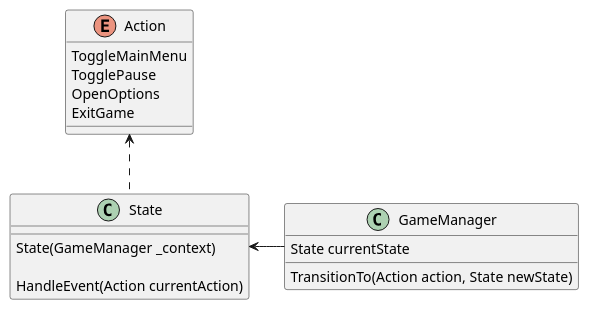
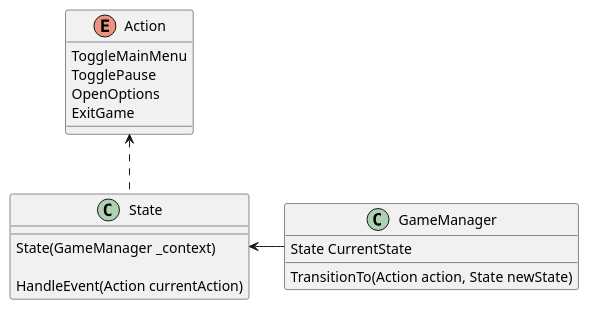
Before and after one commit to Blueberry-Jam-Studios/AimForTheAbyss: the diagram in Diagrams/state_diagram.plantuml, drawn with PlantUML. The commit also changed 51 other files, not shown here.

```diff
--- a/Diagrams/state_diagram.plantuml
+++ b/Diagrams/state_diagram.plantuml
@@ -1,28 +1,28 @@
 @startuml state_diagram
 allow_mixing
 
 class State {
   State(GameManager _context)
 
   HandleEvent(Action currentAction)
 }
 
 class GameManager {
-  State currentState
+  State CurrentState
 
   TransitionTo(Action action, State newState)
 }
 
 State <- GameManager
 
 enum Action
 {
     ToggleMainMenu
     TogglePause
     OpenOptions
     ExitGame
 }
 
 Action <.. State
 
 @enduml
```
